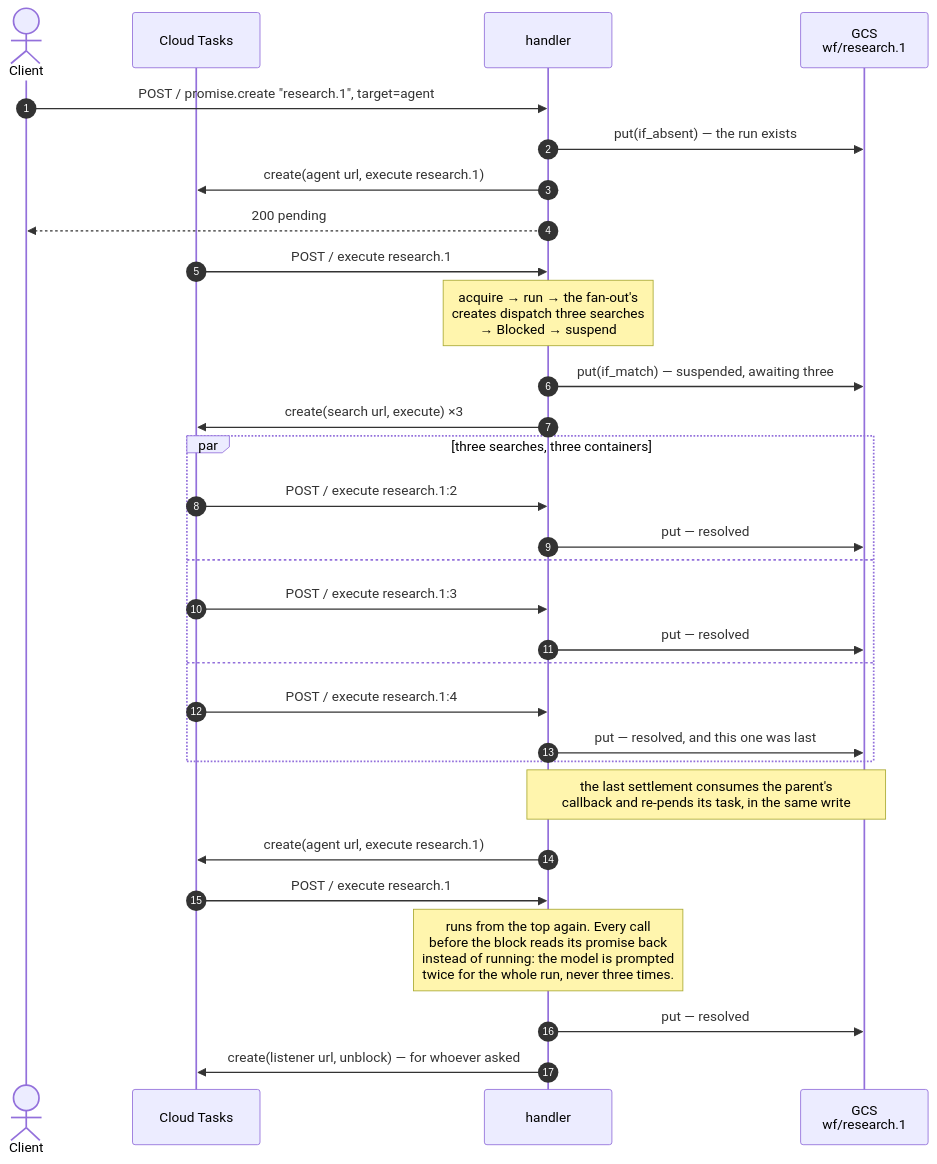
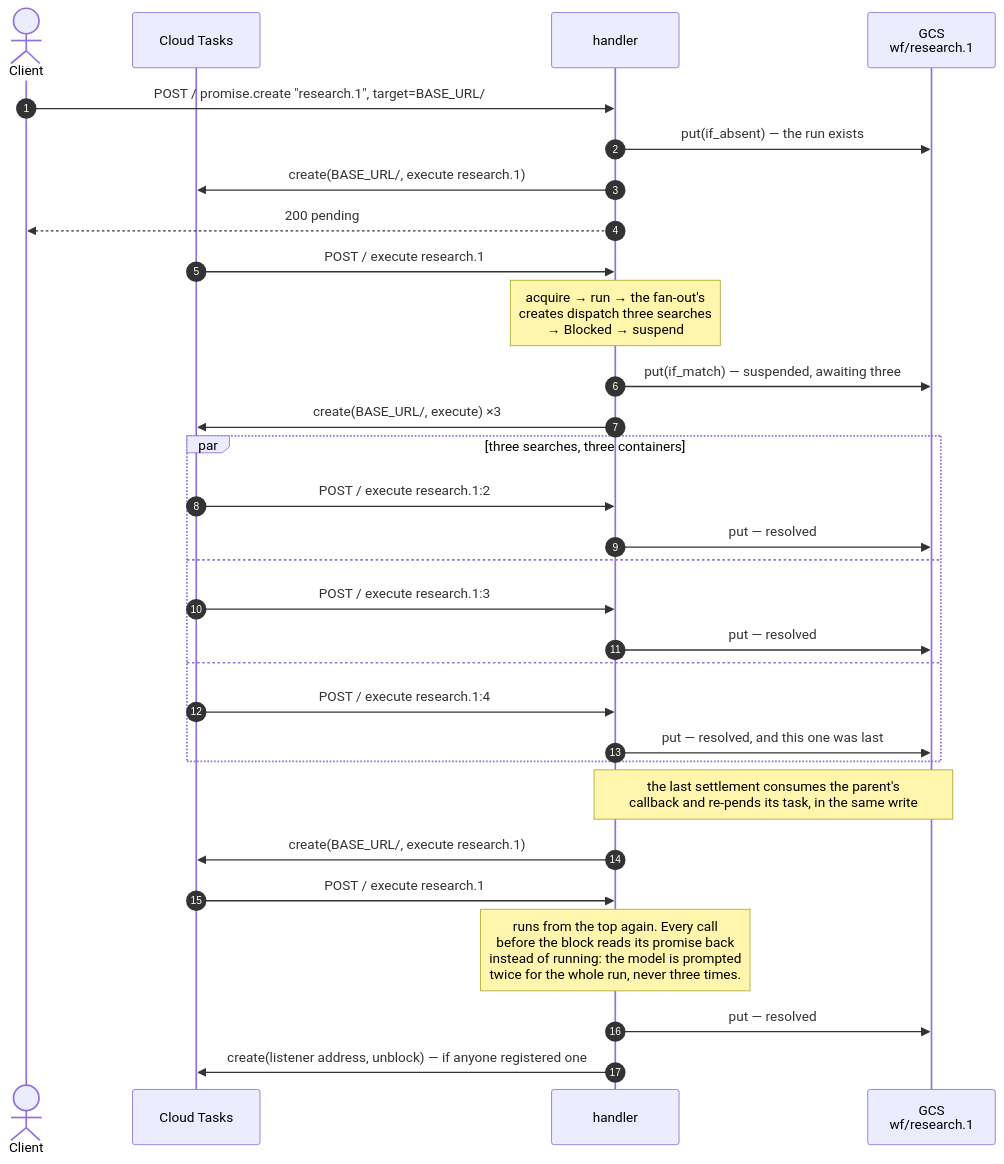
The sixth of 6 diagrams in code/final/SEQUENCE.md (resonatehq/durable-execution), drawn with Mermaid before and after one commit. The commit also changed other lines of this file and 8 other files, not shown here.

First line of the commit message:
Bring ARCHITECTURE, SEQUENCE, examples and live scripts up to date

````diff
--- a/code/final/SEQUENCE.md
+++ b/code/final/SEQUENCE.md
@@ -262,36 +265,36 @@
 ```mermaid
 sequenceDiagram
     autonumber
     actor C as Client
     participant Q as Cloud Tasks
     participant F as handler
     participant S as GCS<br/>wf/research.1
 
-    C->>F: POST / promise.create "research.1", target=agent
+    C->>F: POST / promise.create "research.1", target=BASE_URL/
     F->>S: put(if_absent) — the run exists
-    F->>Q: create(agent url, execute research.1)
+    F->>Q: create(BASE_URL/, execute research.1)
     F-->>C: 200 pending
 
     Q->>F: POST / execute research.1
     Note over F: acquire → run → the fan-out's<br/>creates dispatch three searches<br/>→ Blocked → suspend
     F->>S: put(if_match) — suspended, awaiting three
-    F->>Q: create(search url, execute) ×3
+    F->>Q: create(BASE_URL/, execute) ×3
 
     par three searches, three containers
         Q->>F: POST / execute research.1:2
         F->>S: put — resolved
     and
         Q->>F: POST / execute research.1:3
         F->>S: put — resolved
     and
         Q->>F: POST / execute research.1:4
         F->>S: put — resolved, and this one was last
     end
     Note over F,S: the last settlement consumes the parent's<br/>callback and re-pends its task, in the same write
 
-    F->>Q: create(agent url, execute research.1)
+    F->>Q: create(BASE_URL/, execute research.1)
     Q->>F: POST / execute research.1
     Note over F: runs from the top again. Every call<br/>before the block reads its promise back<br/>instead of running: the model is prompted<br/>twice for the whole run, never three times.
     F->>S: put — resolved
-    F->>Q: create(listener url, unblock) — for whoever asked
+    F->>Q: create(listener address, unblock) — if anyone registered one
 ```
````
